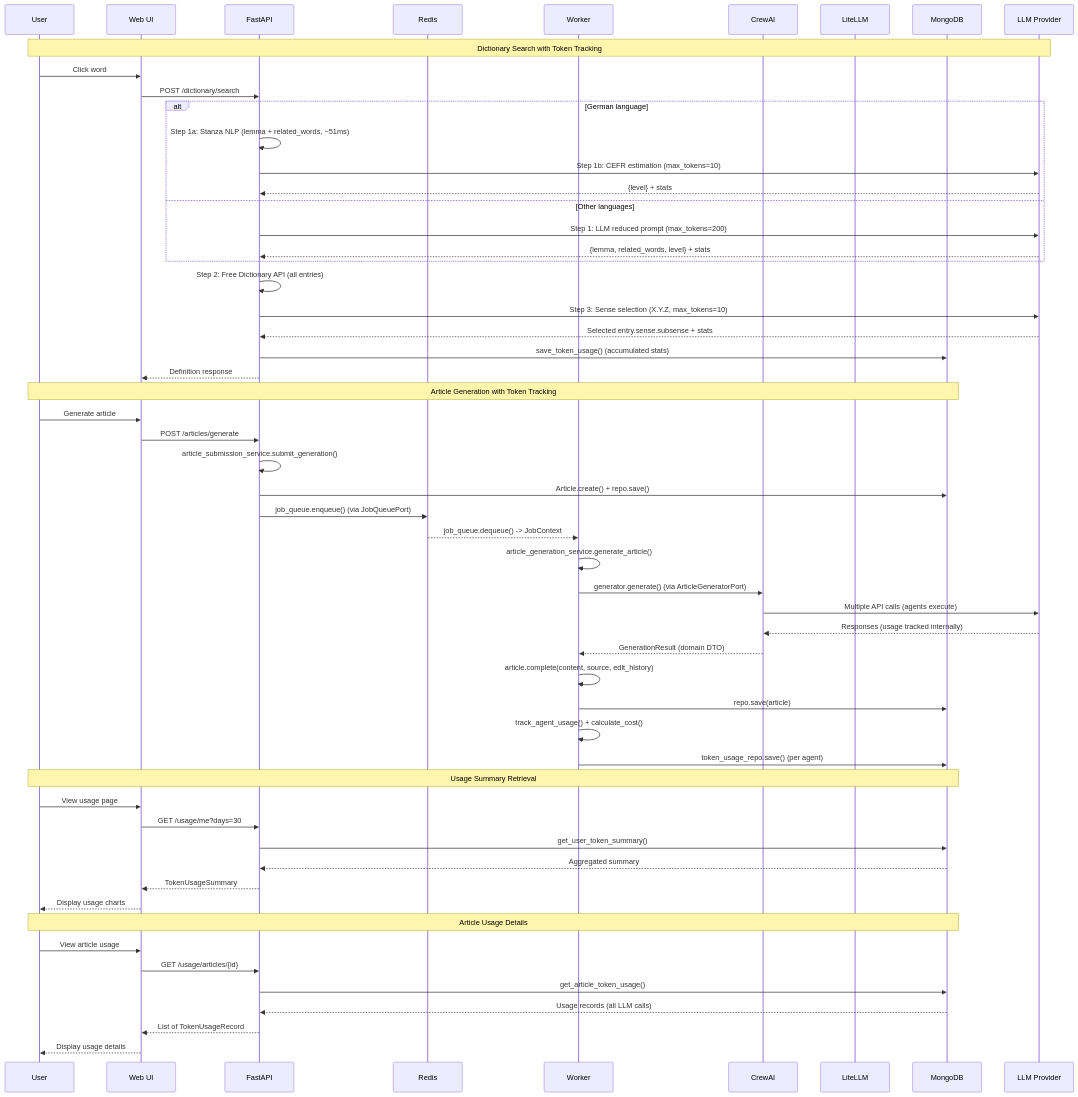
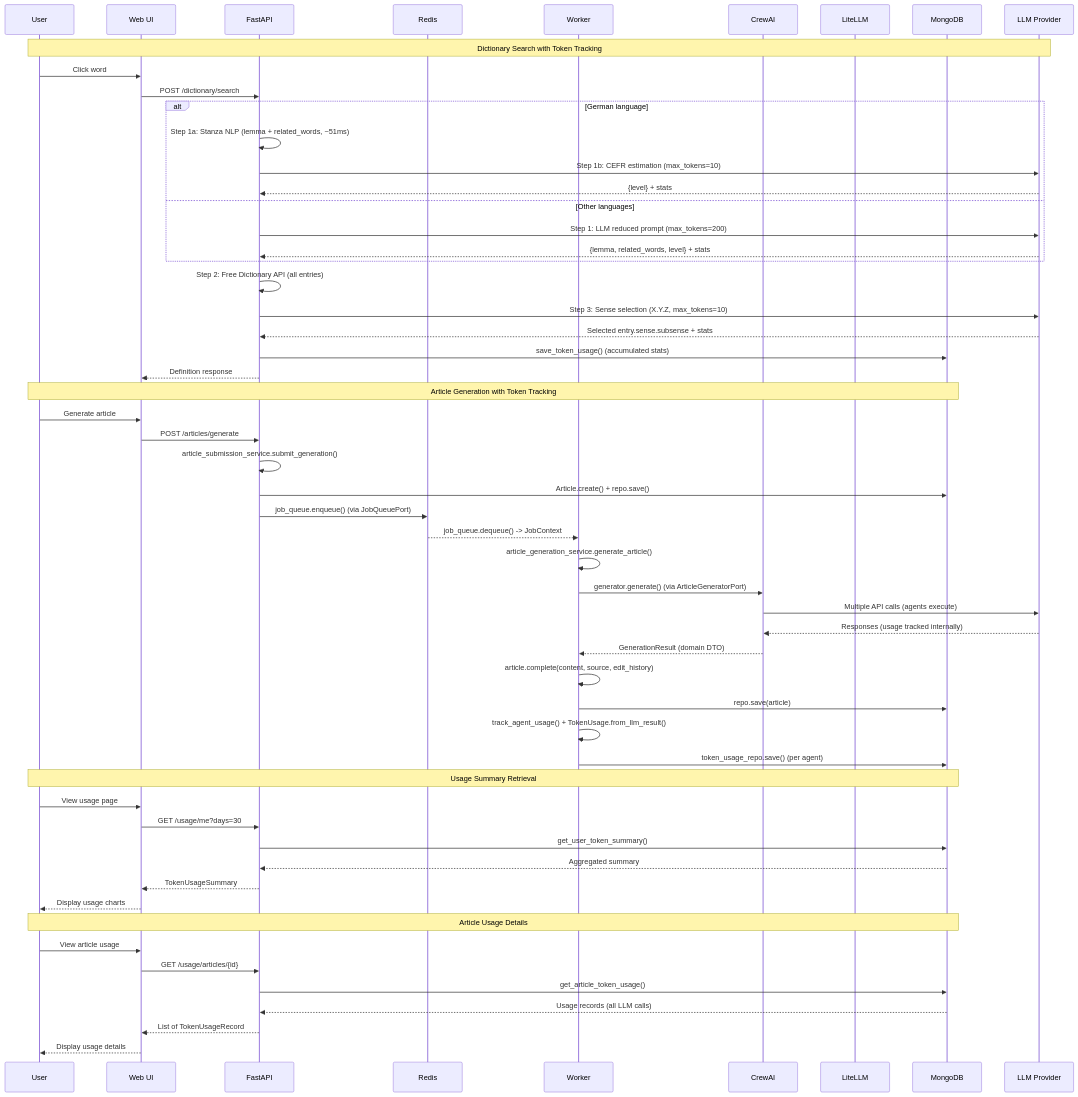
Before and after one commit to seung-gu/opad: the fourth of 7 diagrams in docs/ARCHITECTURE.md, drawn with Mermaid. The commit also changed other lines of this file and 20 other files, not shown here.

First line of the commit message:
refactor: Move cost calculation to CrewAI adapter, add TokenUsage factory method

````diff
--- a/docs/ARCHITECTURE.md
+++ b/docs/ARCHITECTURE.md
@@ -776,64 +776,64 @@
 ```mermaid
 sequenceDiagram
     participant User
     participant WebUI as Web UI
     participant API as FastAPI
     participant Redis
     participant Worker
     participant CrewAI
     participant LiteLLM
     participant MongoDB
     participant LLM as LLM Provider
 
     Note over User,LLM: Dictionary Search with Token Tracking
     User->>WebUI: Click word
     WebUI->>API: POST /dictionary/search
 
     alt German language
         API->>API: Step 1a: Stanza NLP (lemma + related_words, ~51ms)
         API->>LLM: Step 1b: CEFR estimation (max_tokens=10)
         LLM-->>API: {level} + stats
     else Other languages
         API->>LLM: Step 1: LLM reduced prompt (max_tokens=200)
         LLM-->>API: {lemma, related_words, level} + stats
     end
 
     API->>API: Step 2: Free Dictionary API (all entries)
     API->>LLM: Step 3: Sense selection (X.Y.Z, max_tokens=10)
     LLM-->>API: Selected entry.sense.subsense + stats
     API->>MongoDB: save_token_usage() (accumulated stats)
     API-->>WebUI: Definition response
 
     Note over User,MongoDB: Article Generation with Token Tracking
     User->>WebUI: Generate article
     WebUI->>API: POST /articles/generate
     API->>API: article_submission_service.submit_generation()
     API->>MongoDB: Article.create() + repo.save()
     API->>Redis: job_queue.enqueue() (via JobQueuePort)
     Redis-->>Worker: job_queue.dequeue() -> JobContext
     Worker->>Worker: article_generation_service.generate_article()
     Worker->>CrewAI: generator.generate() (via ArticleGeneratorPort)
     CrewAI->>LLM: Multiple API calls (agents execute)
     LLM-->>CrewAI: Responses (usage tracked internally)
     CrewAI-->>Worker: GenerationResult (domain DTO)
     Worker->>Worker: article.complete(content, source, edit_history)
     Worker->>MongoDB: repo.save(article)
-    Worker->>Worker: track_agent_usage() + calculate_cost()
+    Worker->>Worker: track_agent_usage() + TokenUsage.from_llm_result()
     Worker->>MongoDB: token_usage_repo.save() (per agent)
 
     Note over User,MongoDB: Usage Summary Retrieval
     User->>WebUI: View usage page
     WebUI->>API: GET /usage/me?days=30
     API->>MongoDB: get_user_token_summary()
     MongoDB-->>API: Aggregated summary
     API-->>WebUI: TokenUsageSummary
     WebUI-->>User: Display usage charts
 
     Note over User,MongoDB: Article Usage Details
     User->>WebUI: View article usage
     WebUI->>API: GET /usage/articles/{id}
     API->>MongoDB: get_article_token_usage()
     MongoDB-->>API: Usage records (all LLM calls)
     API-->>WebUI: List of TokenUsageRecord
     WebUI-->>User: Display usage details
 ```
````
